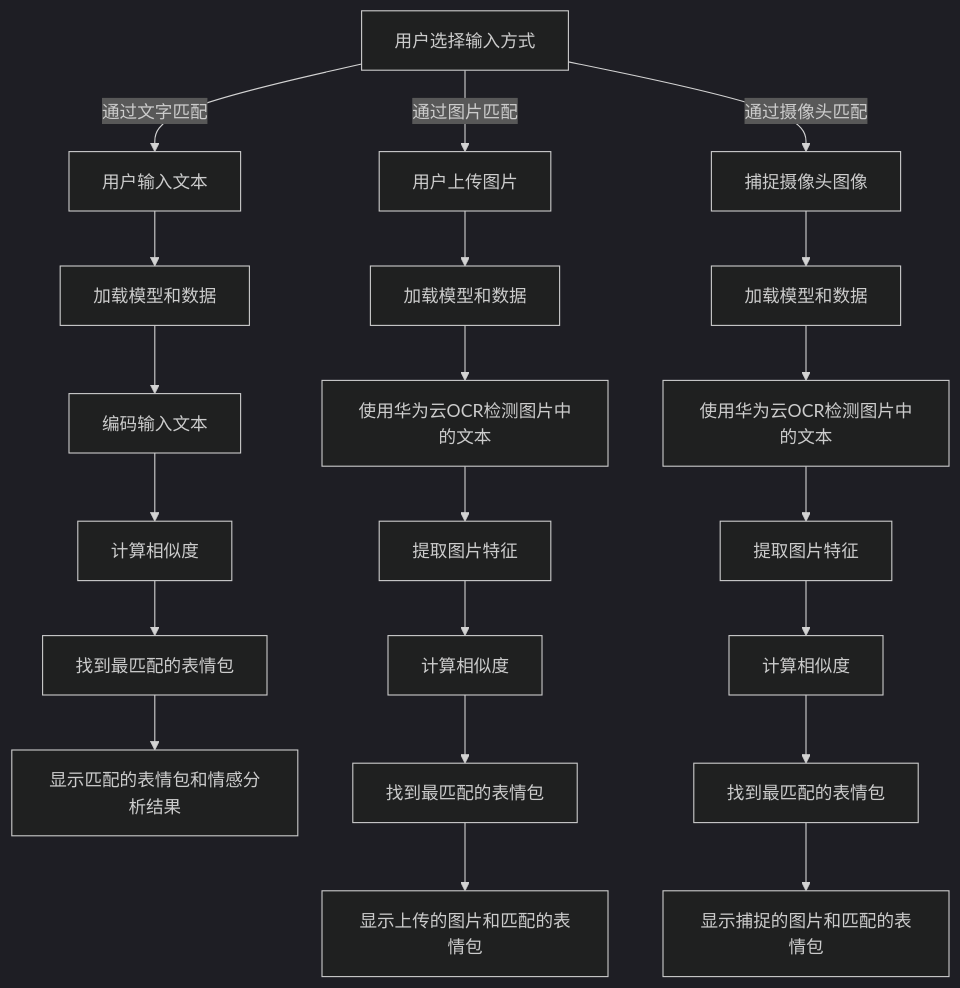
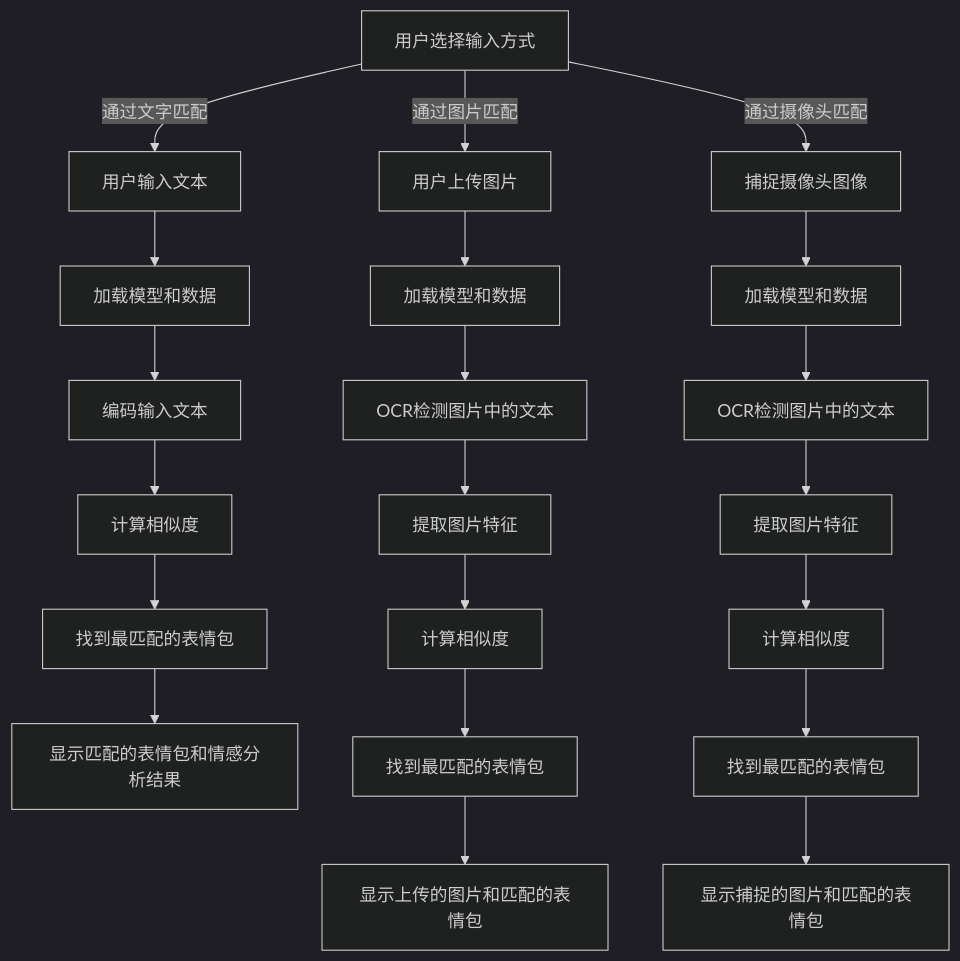
One commit to lijy233/The-look-on-your-face-was-I-right changed the second of 2 diagrams in README.md. Above: the diagram before and after it, drawn with Mermaid (dark theme).

Commit message:
update diecreption

````diff
--- a/README.md
+++ b/README.md
@@ -83,26 +83,26 @@
 ```mermaid
 graph TD;
     A[用户选择输入方式] -->|通过文字匹配| B[用户输入文本]
     A -->|通过图片匹配| C[用户上传图片]
     A -->|通过摄像头匹配| D[捕捉摄像头图像]
     
     B --> E[加载模型和数据]
     E --> F[编码输入文本]
     F --> G[计算相似度]
     G --> H[找到最匹配的表情包]
     H --> I[显示匹配的表情包和情感分析结果]
     
     C --> J[加载模型和数据]
-    J --> K[使用华为云OCR检测图片中的文本]
+    J --> K[OCR检测图片中的文本]
     K --> L[提取图片特征]
     L --> M[计算相似度]
     M --> N[找到最匹配的表情包]
     N --> O[显示上传的图片和匹配的表情包]
     
     D --> P[加载模型和数据]
-    P --> Q[使用华为云OCR检测图片中的文本]
+    P --> Q[OCR检测图片中的文本]
     Q --> R[提取图片特征]
     R --> S[计算相似度]
     S --> T[找到最匹配的表情包]
     T --> U[显示捕捉的图片和匹配的表情包]
 ```
````
